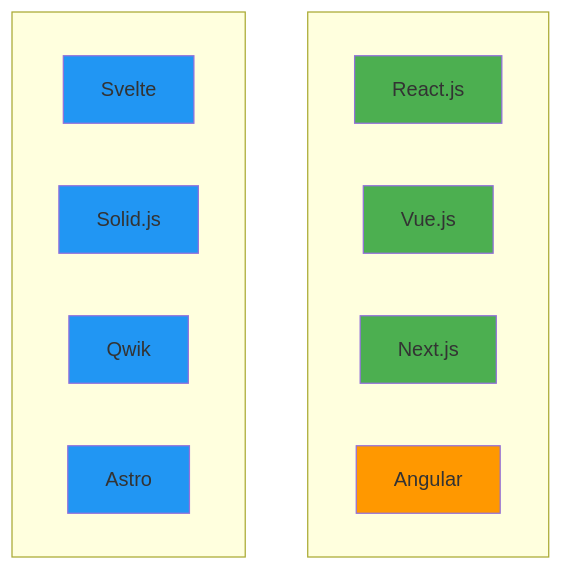
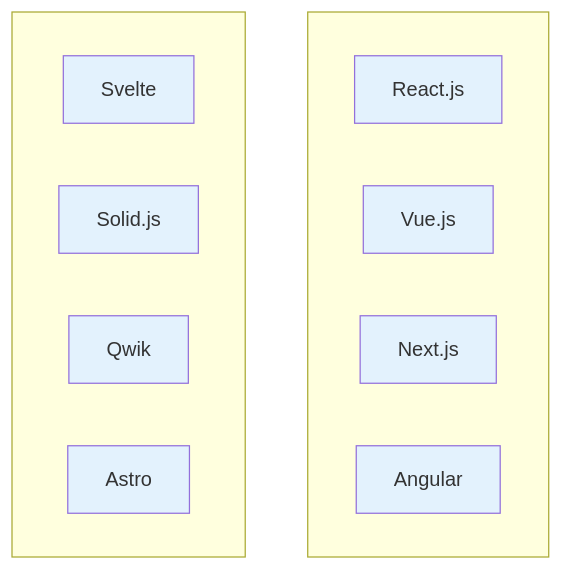
One commit to niceguy61/kdt_devops_lecture_2025 changed the second of 10 diagrams in theory/week_04/day1/challenge_2.md. Above: the diagram before and after it, drawn with Mermaid. The commit also changed other lines of this file, not shown here.

````diff
--- a/theory/week_04/day1/challenge_2.md
+++ b/theory/week_04/day1/challenge_2.md
@@ -169,25 +169,25 @@
 ```mermaid
 graph TB
     subgraph col1[" "]
         A[React.js]
         B[Vue.js]
         C[Next.js]
         D[Angular]
     end
     
     subgraph col2[" "]
         E[Svelte]
         F[Solid.js]
         G[Qwik]
         H[Astro]
     end
     
-    style A fill:#4caf50
-    style B fill:#4caf50
-    style C fill:#4caf50
-    style D fill:#ff9800
-    style E fill:#2196f3
-    style F fill:#2196f3
-    style G fill:#2196f3
-    style H fill:#2196f3
+    style A fill:#e3f2fd
+    style B fill:#e3f2fd
+    style C fill:#e3f2fd
+    style D fill:#e3f2fd
+    style E fill:#e3f2fd
+    style F fill:#e3f2fd
+    style G fill:#e3f2fd
+    style H fill:#e3f2fd
 ```
````
